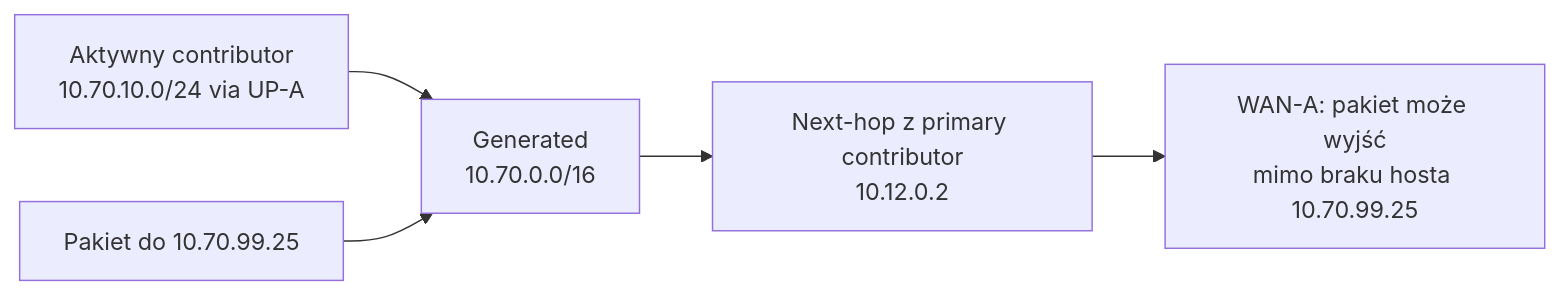
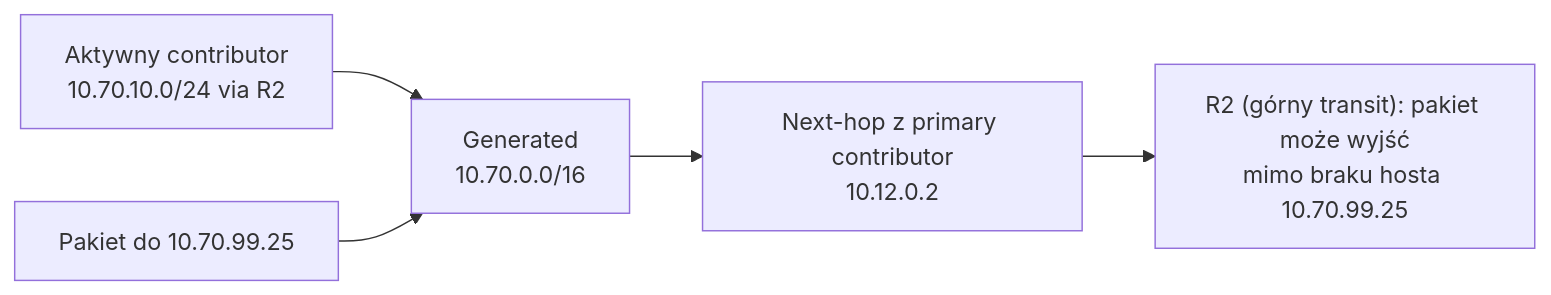
The third of 7 diagrams in docs/chapters/JUNOS_Rozdzial_07_Protocol_Independent_Routing.md (nelto79/jncip), drawn with Mermaid before and after one commit. The commit also changed other lines of this file, not shown here.

Commit message:
docs(ch07): correct FBF narrative to one LAN-A host and canonical R2/R3 transit paths

```diff
--- a/docs/chapters/JUNOS_Rozdzial_07_Protocol_Independent_Routing.md
+++ b/docs/chapters/JUNOS_Rozdzial_07_Protocol_Independent_Routing.md
@@ -149,7 +149,7 @@
 ~~~mermaid
 flowchart LR
-  C["Aktywny contributor<br/>10.70.10.0/24 via UP-A"] --> G["Generated<br/>10.70.0.0/16"]
+  C["Aktywny contributor<br/>10.70.10.0/24 via R2"] --> G["Generated<br/>10.70.0.0/16"]
   G --> N["Next-hop z primary contributor<br/>10.12.0.2"]
   P["Pakiet do 10.70.99.25"] --> G
-  N --> W["WAN-A: pakiet może wyjść<br/>mimo braku hosta 10.70.99.25"]
+  N --> W["R2 (górny transit): pakiet może wyjść<br/>mimo braku hosta 10.70.99.25"]
 ~~~
```
